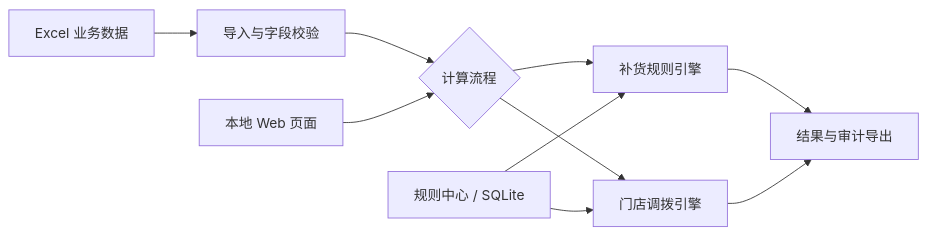
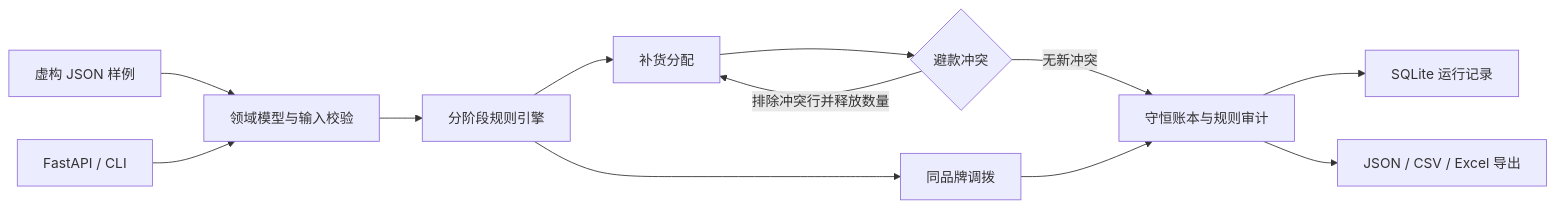
Before and after one commit to Alexzzyk/irestock-case-study: the diagram in README.md, drawn with Mermaid. The commit also changed other lines of this file and 21 other files, not shown here.

````diff
--- a/README.md
+++ b/README.md
@@ -29,12 +28,14 @@
 ```mermaid
 flowchart LR
-    A[Excel 业务数据] --> B[导入与字段校验]
-    B --> C{计算流程}
-    C --> D[补货规则引擎]
-    C --> E[门店调拨引擎]
-    F[规则中心 / SQLite] --> D
-    F --> E
-    D --> G[结果与审计导出]
+    A[虚构 JSON 样例] --> B[领域模型与输入校验]
+    B --> C[分阶段规则引擎]
+    C --> D[补货分配]
+    C --> E[同品牌调拨]
+    D --> F{避款冲突}
+    F -->|排除冲突行并释放数量| D
+    F -->|无新冲突| G[守恒账本与规则审计]
     E --> G
-    H[本地 Web 页面] --> C
+    H[FastAPI / CLI] --> B
+    G --> I[SQLite 运行记录]
+    G --> J[JSON / CSV / Excel 导出]
 ```
````
